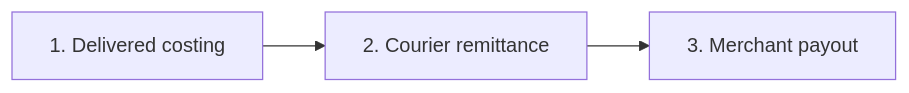
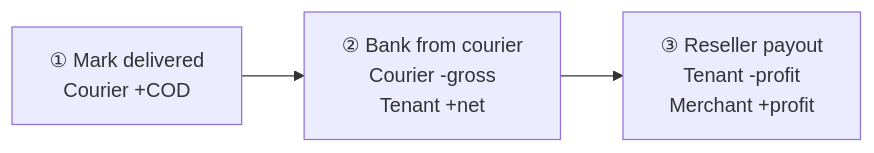
The third of 3 diagrams in doc/shop_order/DROPSHIP_MANAGEMENT.md (david-git-2/brandwala-wholesale-quasar-v2), drawn with Mermaid before and after one commit. The commit also changed other lines of this file and 9 other files, not shown here.

````diff
--- a/doc/shop_order/DROPSHIP_MANAGEMENT.md
+++ b/doc/shop_order/DROPSHIP_MANAGEMENT.md
@@ -111,5 +342,5 @@
 ```mermaid
 flowchart LR
-    A["1. Delivered costing"] --> B["2. Courier remittance"]
-    B --> C["3. Merchant payout"]
+    A["① Mark delivered<br/>Courier +COD"] --> B["② Bank from courier<br/>Courier -gross<br/>Tenant +net"]
+    B --> C["③ Reseller payout<br/>Tenant -profit<br/>Merchant +profit"]
 ```
````
